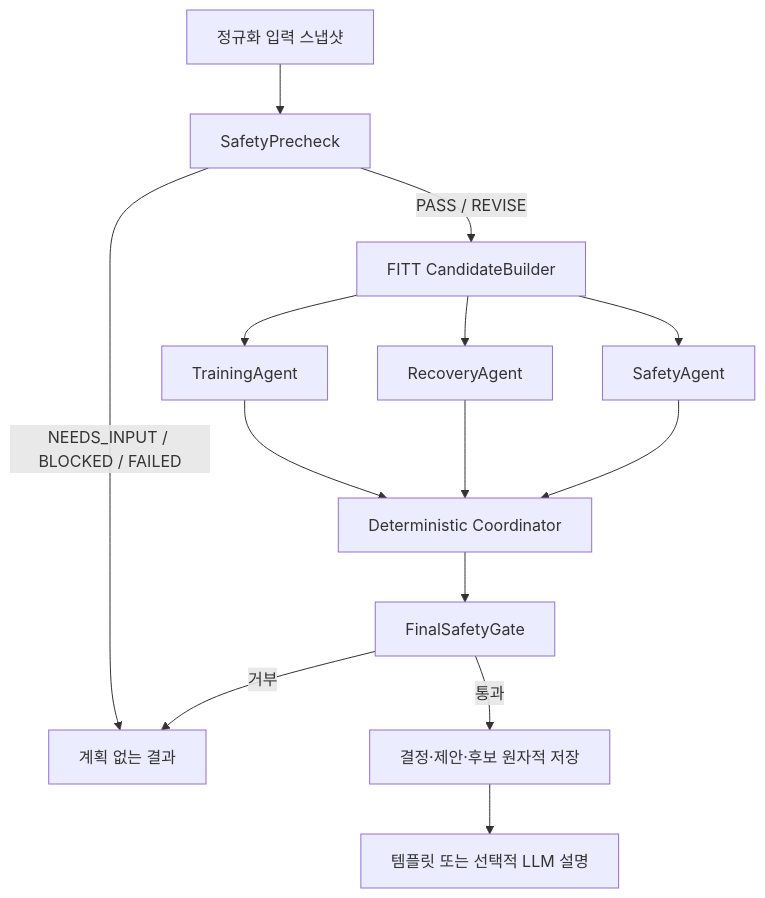
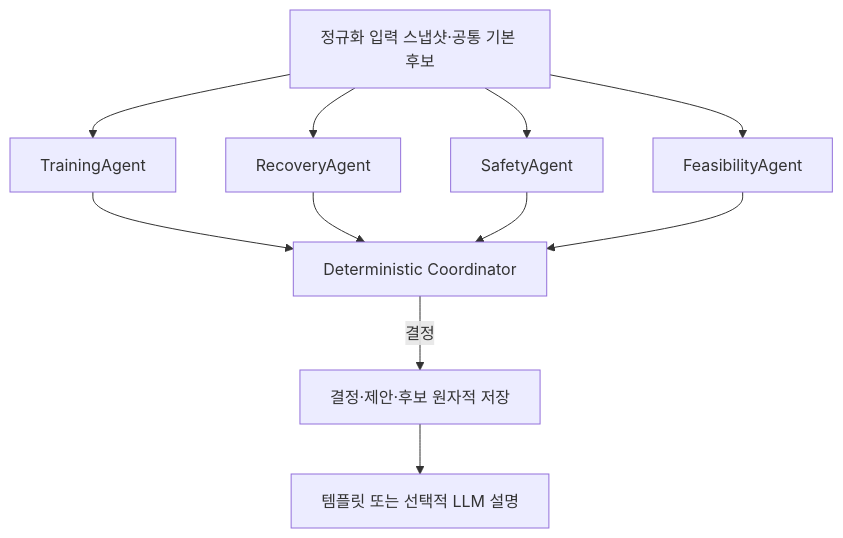
One commit to SKNETWORKS-FAMILY-AICAMP/SKN30-FINAL-5Team changed the second of 3 diagrams in docs/ARCHITECTURE.md. Above: the diagram before and after it, drawn with Mermaid. The commit also changed other lines of this file and 24 other files, not shown here.

````diff
--- a/docs/ARCHITECTURE.md
+++ b/docs/ARCHITECTURE.md
@@ -59,16 +59,13 @@
 ```mermaid
 flowchart TD
-  A["정규화 입력 스냅샷"] --> B["SafetyPrecheck"]
-  B -->|"NEEDS_INPUT / BLOCKED / FAILED"| Z["계획 없는 결과"]
-  B -->|"PASS / REVISE"| C["FITT CandidateBuilder"]
-  C --> D1["TrainingAgent"]
-  C --> D2["RecoveryAgent"]
-  C --> D3["SafetyAgent"]
+  A["정규화 입력 스냅샷·공통 기본 후보"] --> D1["TrainingAgent"]
+  A --> D2["RecoveryAgent"]
+  A --> D3["SafetyAgent"]
+  A --> D4["FeasibilityAgent"]
   D1 --> E["Deterministic Coordinator"]
   D2 --> E
   D3 --> E
-  E --> F["FinalSafetyGate"]
-  F -->|"통과"| G["결정·제안·후보 원자적 저장"]
-  F -->|"거부"| Z
+  D4 --> E
+  E -->|"결정"| G["결정·제안·후보 원자적 저장"]
   G --> H["템플릿 또는 선택적 LLM 설명"]
 ```
````
